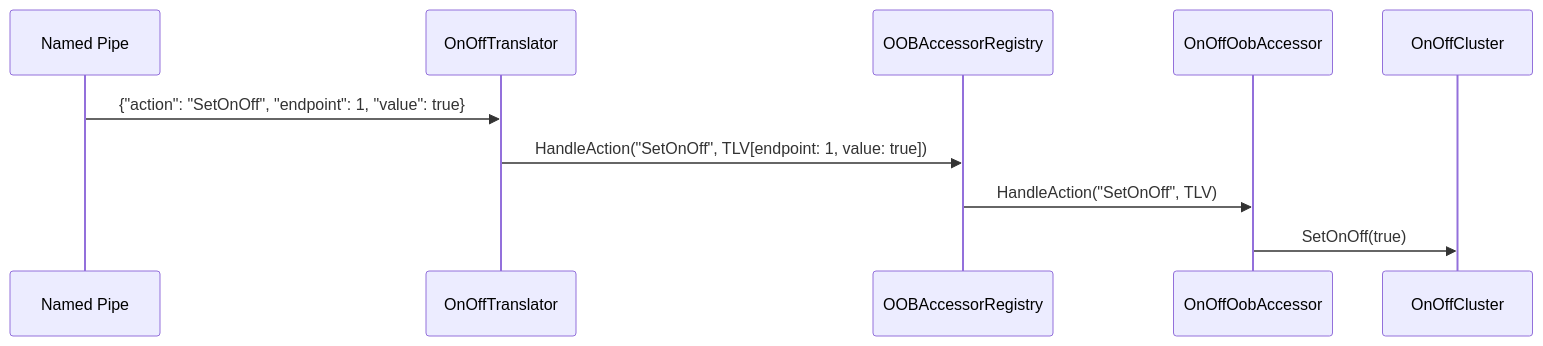
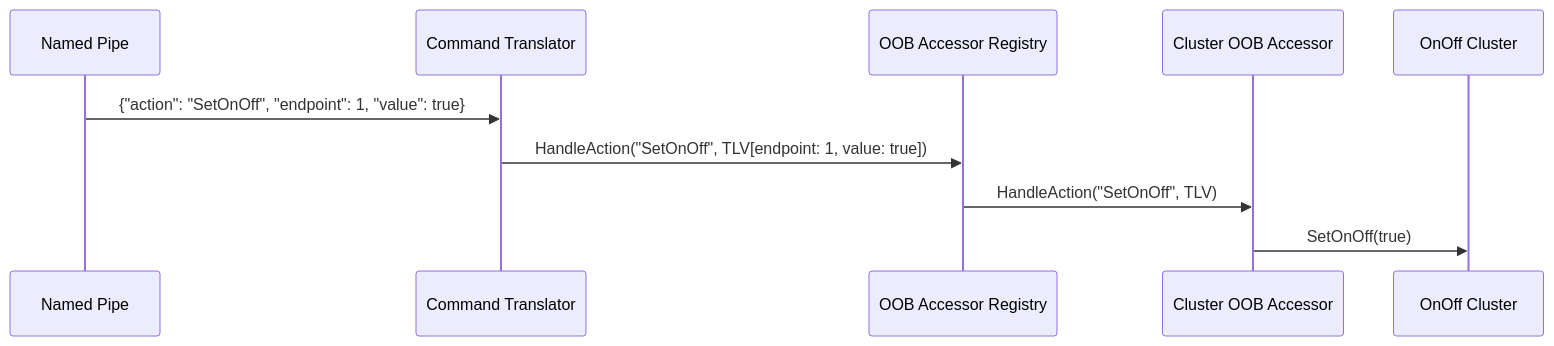
The second of 2 diagrams in examples/all-devices-app/docs/design/out_of_band_control.md (project-chip/connectedhomeip), drawn with Mermaid before and after one commit. The commit also changed other lines of this file, not shown here.

````diff
--- a/examples/all-devices-app/docs/design/out_of_band_control.md
+++ b/examples/all-devices-app/docs/design/out_of_band_control.md
@@ -213,13 +225,13 @@
 ```mermaid
 sequenceDiagram
     participant Pipe as Named Pipe
-    participant Trans as OnOffTranslator
-    participant Reg as OOBAccessorRegistry
-    participant Accessor as OnOffOobAccessor
-    participant Cluster as OnOffCluster
+    participant Trans as Command Translator
+    participant Reg as OOB Accessor Registry
+    participant Accessor as Cluster OOB Accessor
+    participant Cluster as OnOff Cluster
 
     Pipe->>Trans: {"action": "SetOnOff", "endpoint": 1, "value": true}
     Trans->>Reg: HandleAction("SetOnOff", TLV[endpoint: 1, value: true])
     Reg->>Accessor: HandleAction("SetOnOff", TLV)
     Accessor->>Cluster: SetOnOff(true)
 ```
````
